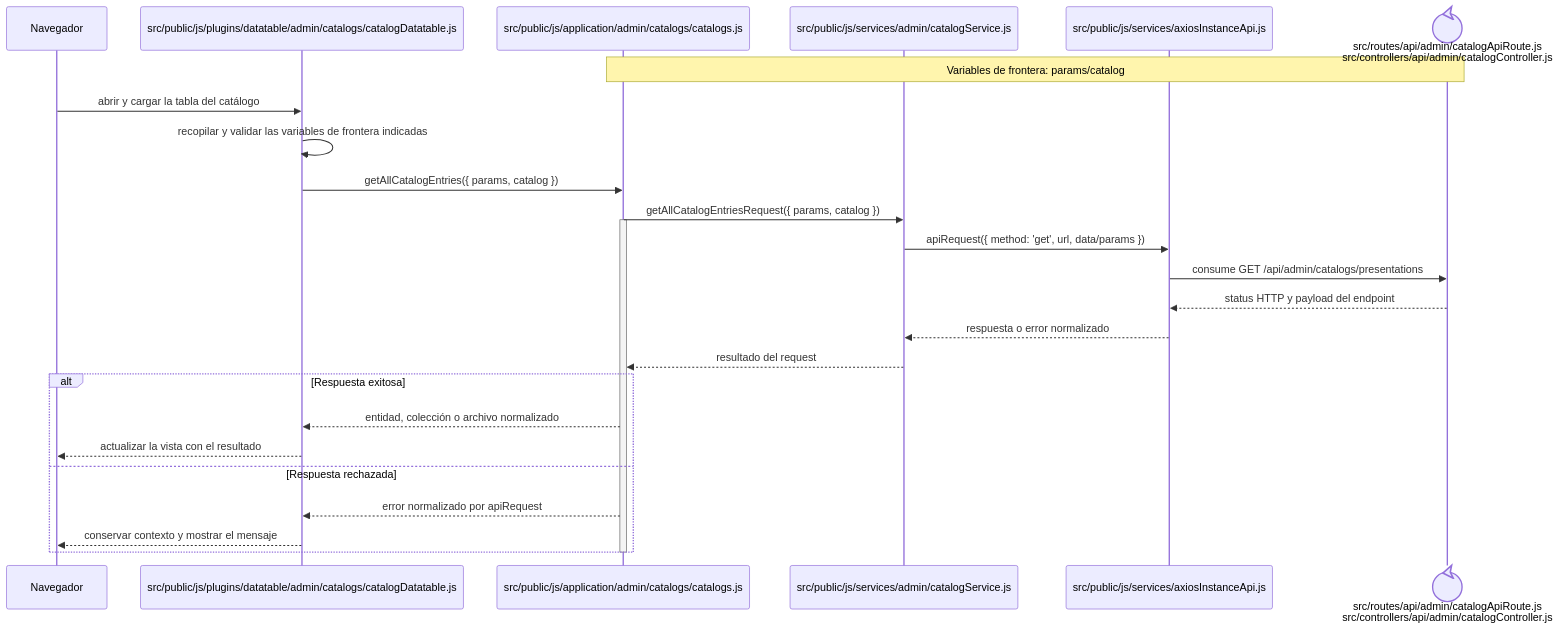
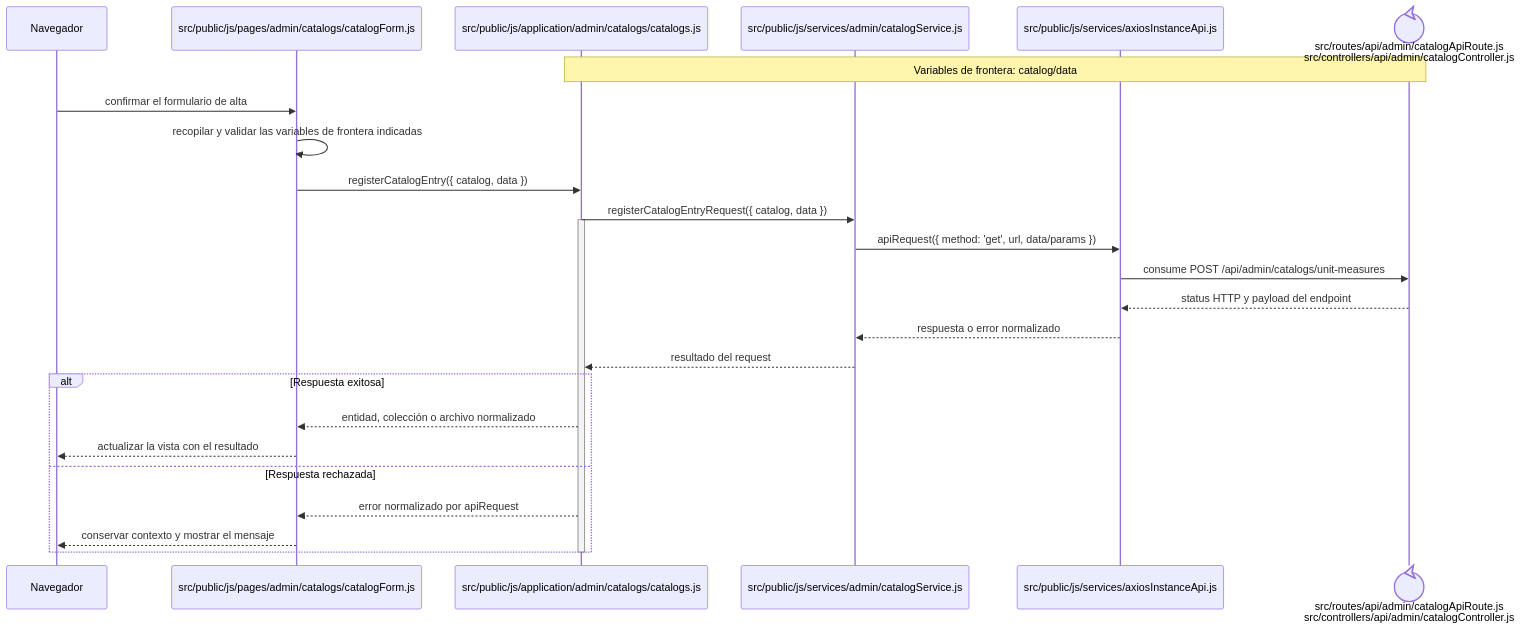
One commit to gpgsistemas01/nexus changed the diagram in docs/architecture/frontend-code-sequences/catalogs/cu-cat-37.md. Above: the diagram before and after it, drawn with Mermaid. The commit also changed other lines of this file and 126 other files, not shown here.

````diff
--- a/docs/architecture/frontend-code-sequences/catalogs/cu-cat-37.md
+++ b/docs/architecture/frontend-code-sequences/catalogs/cu-cat-37.md
@@ -6,29 +6,29 @@
 ```mermaid
 sequenceDiagram
     participant Browser as Navegador
-    participant View as src/public/js/plugins/datatable/admin/catalogs/catalogDatatable.js
+    participant View as src/public/js/pages/admin/catalogs/catalogForm.js
     participant Application as src/public/js/application/admin/catalogs/catalogs.js
     participant Request as src/public/js/services/admin/catalogService.js
     participant HTTP as src/public/js/services/axiosInstanceApi.js
     participant Transport@{ "type": "control" } as src/routes/api/admin/catalogApiRoute.js<br/>src/controllers/api/admin/catalogController.js
-    Note over Application,Transport: Variables de frontera: params/catalog
+    Note over Application,Transport: Variables de frontera: catalog/data
 
-    Browser->>View: abrir y cargar la tabla del catálogo
+    Browser->>View: confirmar el formulario de alta
     View->>View: recopilar y validar las variables de frontera indicadas
-    View->>Application: getAllCatalogEntries({ params, catalog })
-    Application->>Request: getAllCatalogEntriesRequest({ params, catalog })
+    View->>Application: registerCatalogEntry({ catalog, data })
+    Application->>Request: registerCatalogEntryRequest({ catalog, data })
     activate Application
     Request->>HTTP: apiRequest({ method: 'get', url, data/params })
-    HTTP->>Transport: consume GET /api/admin/catalogs/presentations
+    HTTP->>Transport: consume POST /api/admin/catalogs/unit-measures
     Transport-->>HTTP: status HTTP y payload del endpoint
     HTTP-->>Request: respuesta o error normalizado
     Request-->>Application: resultado del request
     alt Respuesta exitosa
         Application-->>View: entidad, colección o archivo normalizado
         View-->>Browser: actualizar la vista con el resultado
     else Respuesta rechazada
         Application-->>View: error normalizado por apiRequest
         View-->>Browser: conservar contexto y mostrar el mensaje
     end
     deactivate Application
 ```
````
